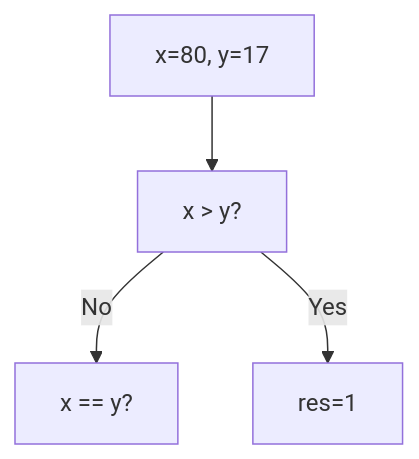
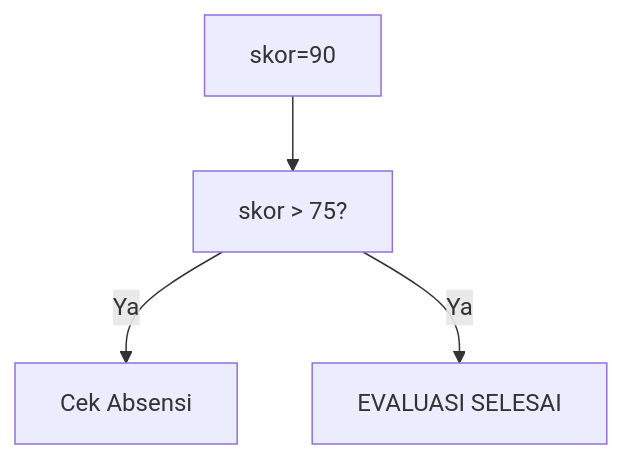
Before and after one commit to amnahwaida/OSNK_INF_PREP: diagram 12 of 25 in part-c-pemahaman-cpp/02-percabangan/latihan/set-04.md, drawn with Mermaid. The commit also changed other lines of this file and 71 other files, not shown here.

````diff
--- a/part-c-pemahaman-cpp/02-percabangan/latihan/set-04.md
+++ b/part-c-pemahaman-cpp/02-percabangan/latihan/set-04.md
@@ -335,6 +342,6 @@
 ```mermaid
 graph TD
-A["x=80, y=17"] --> B["x > y?"]
-B -- No --> C["x == y?"]
-B -- Yes --> D[res=1]
+A["skor=90"] --> B["skor > 75?"]
+B -- Ya --> C["Cek Absensi"]
+B -- Ya --> D["EVALUASI SELESAI"]
 ```
````
